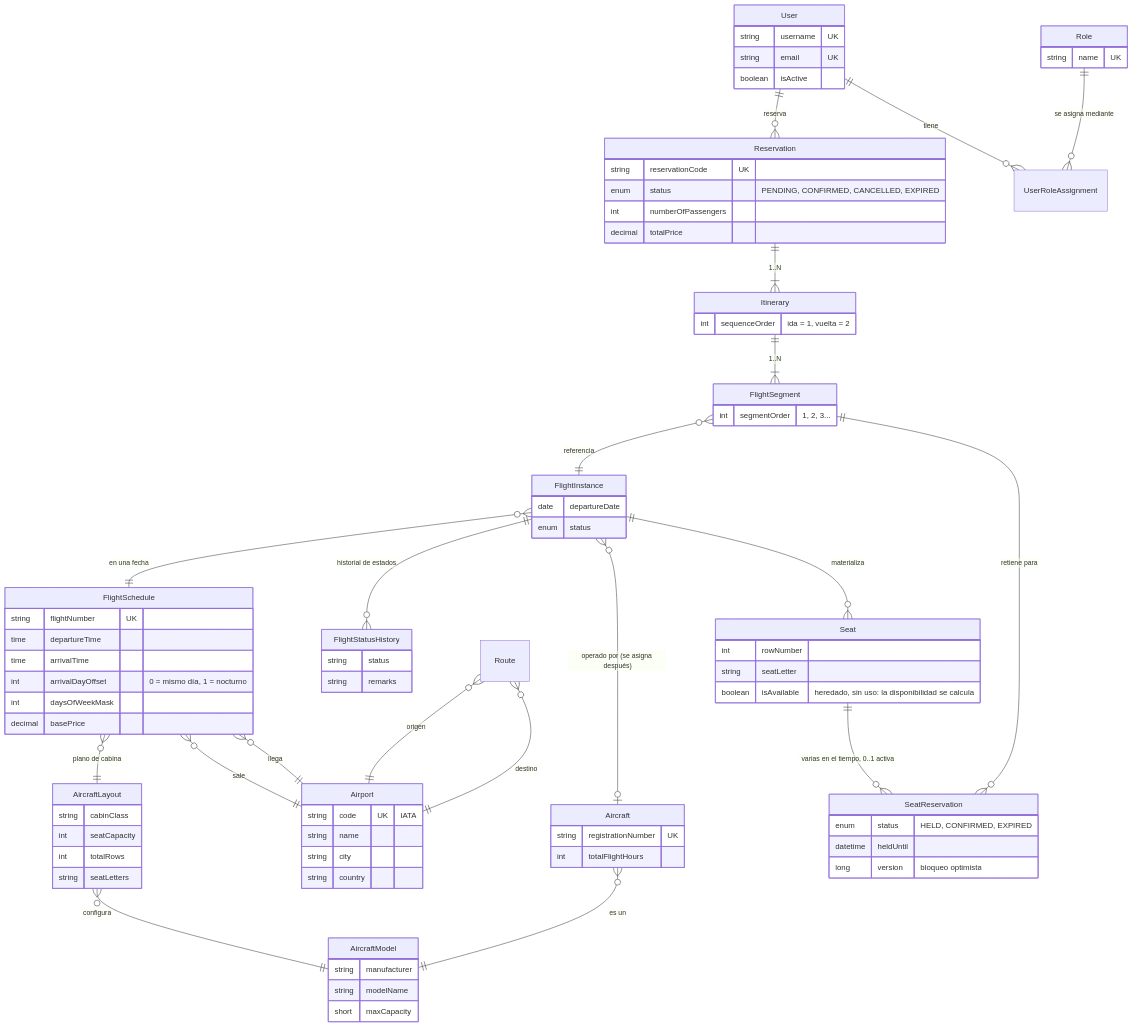
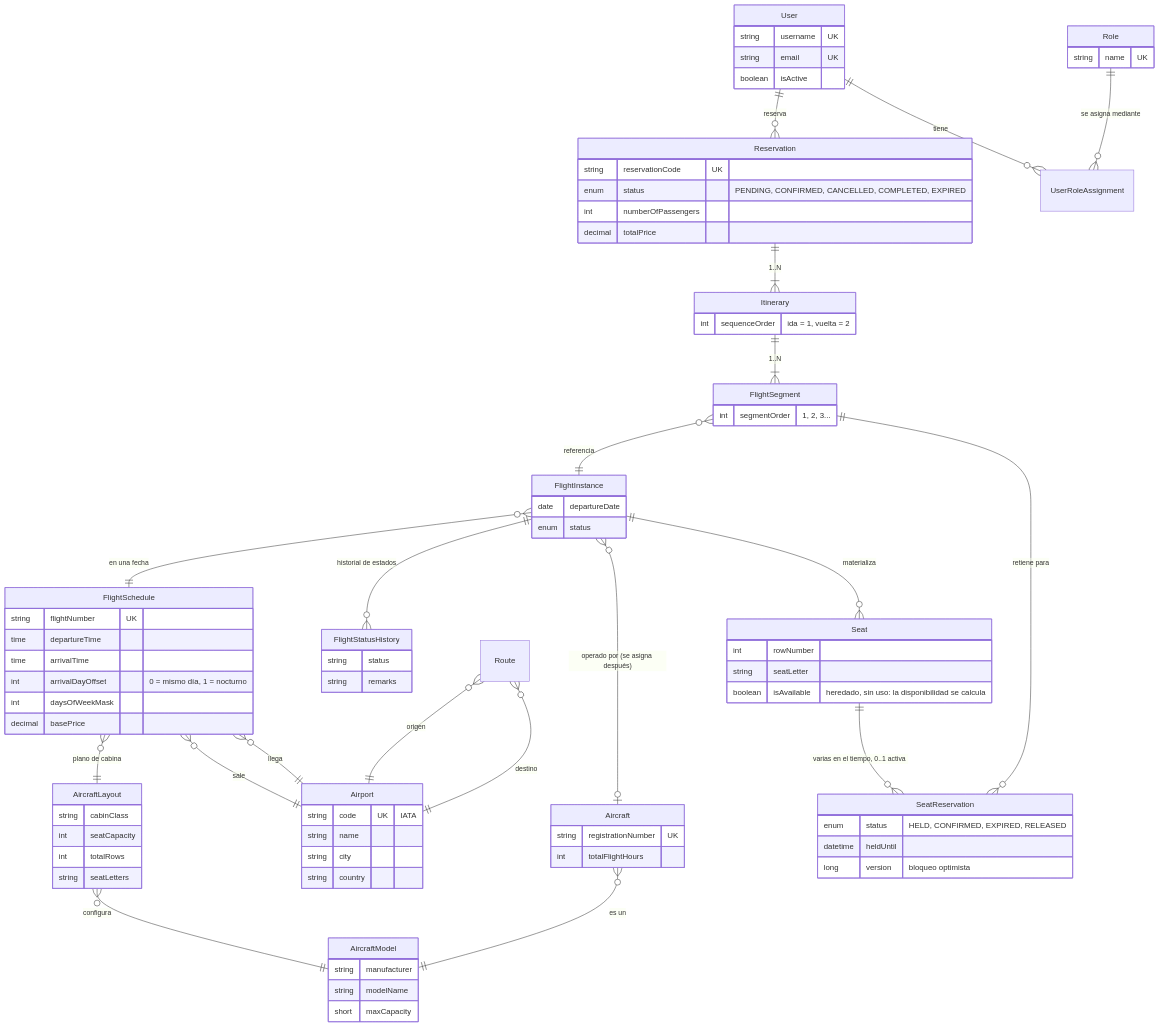
Before and after one commit to Mek3/flight-booking-api: the first of 3 diagrams in README.es.md, drawn with Mermaid. The commit also changed other lines of this file and 1 other file, not shown here.

Commit message:
docs: add RELEASED to the seat state diagram

```diff
--- a/README.es.md
+++ b/README.es.md
@@ -48,7 +48,7 @@
 
     Reservation {
         string reservationCode UK
-        enum status "PENDING, CONFIRMED, CANCELLED, EXPIRED"
+        enum status "PENDING, CONFIRMED, CANCELLED, COMPLETED, EXPIRED"
         int numberOfPassengers
         decimal totalPrice
     }
@@ -101,7 +101,7 @@
         boolean isAvailable "heredado, sin uso: la disponibilidad se calcula"
     }
     SeatReservation {
-        enum status "HELD, CONFIRMED, EXPIRED"
+        enum status "HELD, CONFIRMED, EXPIRED, RELEASED"
         datetime heldUntil
         long version "bloqueo optimista"
     }
```
